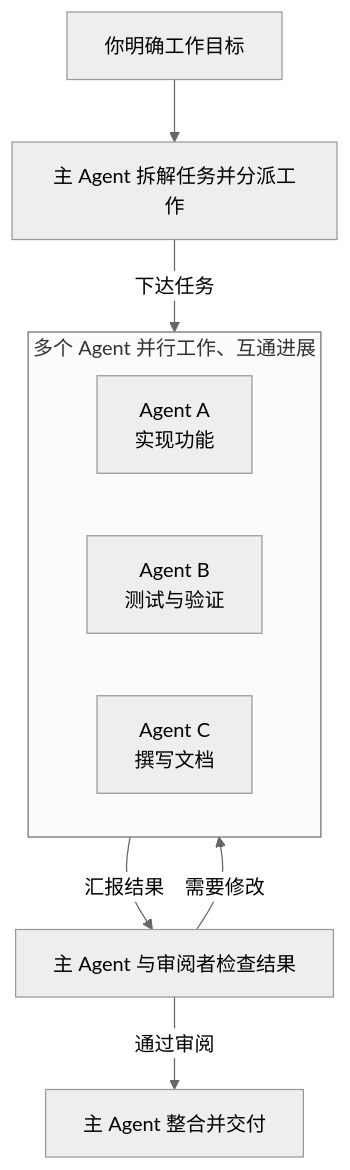
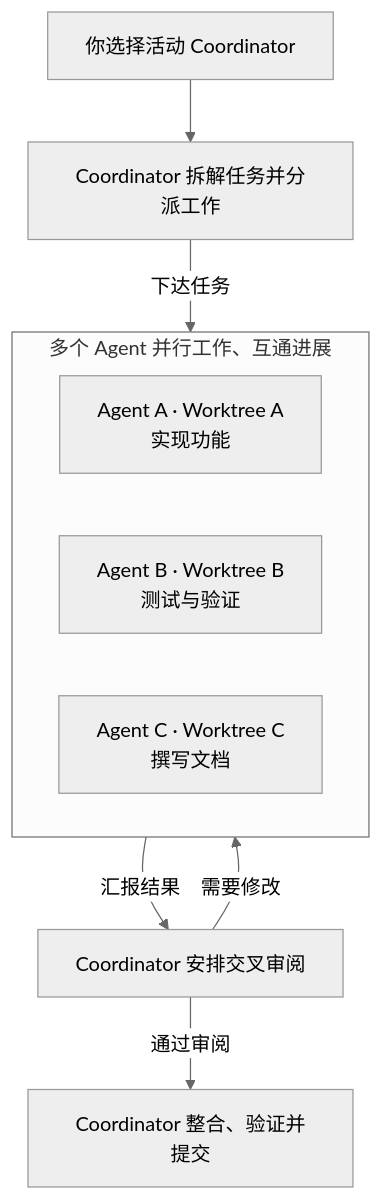
The diagram in README.zh-CN.md (OthinusG/warp-lite), drawn with Mermaid (neutral theme) before and after one commit. The commit also changed other lines of this file and 8 other files, not shown here.

````diff
--- a/README.zh-CN.md
+++ b/README.zh-CN.md
@@ -51,14 +53,14 @@
 ```mermaid
 flowchart TB
-    Goal["你明确工作目标"] --> Lead["主 Agent 拆解任务并分派工作"]
+    Goal["你选择活动 Coordinator"] --> Lead["Coordinator 拆解任务并分派工作"]
     Lead -->|下达任务| Team
     subgraph Team["多个 Agent 并行工作、互通进展"]
         direction LR
-        Build["Agent A<br/>实现功能"]
-        Test["Agent B<br/>测试与验证"]
-        Docs["Agent C<br/>撰写文档"]
+        Build["Agent A · Worktree A<br/>实现功能"]
+        Test["Agent B · Worktree B<br/>测试与验证"]
+        Docs["Agent C · Worktree C<br/>撰写文档"]
     end
-    Team -->|汇报结果| Review["主 Agent 与审阅者检查结果"]
+    Team -->|汇报结果| Review["Coordinator 安排交叉审阅"]
     Review -->|需要修改| Team
-    Review -->|通过审阅| Delivery["主 Agent 整合并交付"]
+    Review -->|通过审阅| Delivery["Coordinator 整合、验证并提交"]
 ```
````
